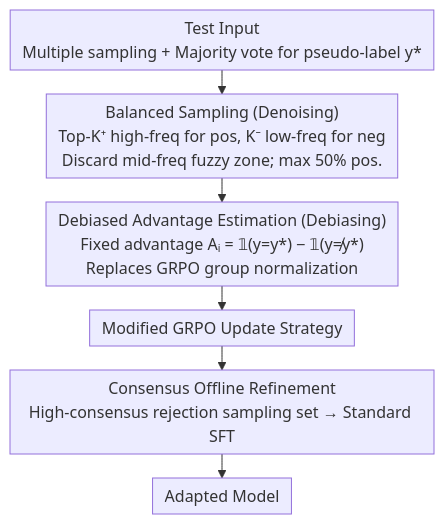
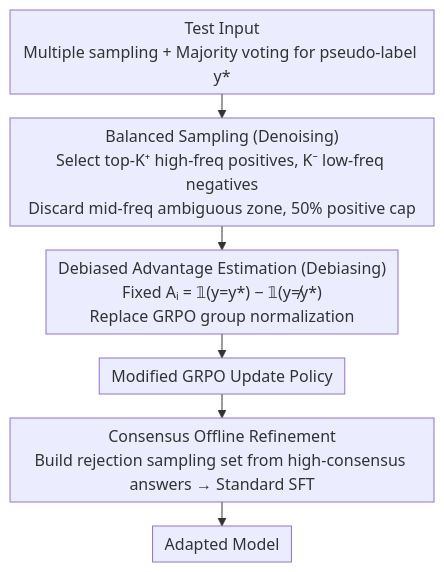
One commit to zhaoyang97/Paper-Notes-en changed the diagram in docs/ACL2026/llm_reasoning/understanding_and_mitigating_spurious_signal_amplification_in_test-time_reinforc.md. Above: the diagram before and after it, drawn with Mermaid. The commit also changed other lines of this file and 5084 other files, not shown here.

````diff
--- a/docs/ACL2026/llm_reasoning/understanding_and_mitigating_spurious_signal_amplification_in_test-time_reinforc.md
+++ b/docs/ACL2026/llm_reasoning/understanding_and_mitigating_spurious_signal_amplification_in_test-time_reinforc.md
@@ -44,9 +44,9 @@
 ```mermaid
 %%{init: {'flowchart': {'rankSpacing': 24, 'nodeSpacing': 28, 'padding': 6, 'wrappingWidth': 400}}}%%
 flowchart TD
-    A["Test Input<br/>Multiple sampling + Majority vote for pseudo-label y*"] --> B["Balanced Sampling (Denoising)<br/>Top-K⁺ high-freq for pos, K⁻ low-freq for neg<br/>Discard mid-freq fuzzy zone; max 50% pos."]
-    B --> C["Debiased Advantage Estimation (Debiasing)<br/>Fixed advantage Aᵢ = 𝟙(y=y*) − 𝟙(y≠y*)<br/>Replaces GRPO group normalization"]
-    C --> D["Modified GRPO Update Strategy"]
-    D --> E["Consensus Offline Refinement<br/>High-consensus rejection sampling set → Standard SFT"]
+    A["Test Input<br/>Multiple sampling + Majority voting for pseudo-label y*"] --> B["Balanced Sampling (Denoising)<br/>Select top-K⁺ high-freq positives, K⁻ low-freq negatives<br/>Discard mid-freq ambiguous zone, 50% positive cap"]
+    B --> C["Debiased Advantage Estimation (Debiasing)<br/>Fixed Aᵢ = 𝟙(y=y*) − 𝟙(y≠y*)<br/>Replace GRPO group normalization"]
+    C --> D["Modified GRPO Update Policy"]
+    D --> E["Consensus Offline Refinement<br/>Build rejection sampling set from high-consensus answers → Standard SFT"]
     E --> F["Adapted Model"]
 ```
````
